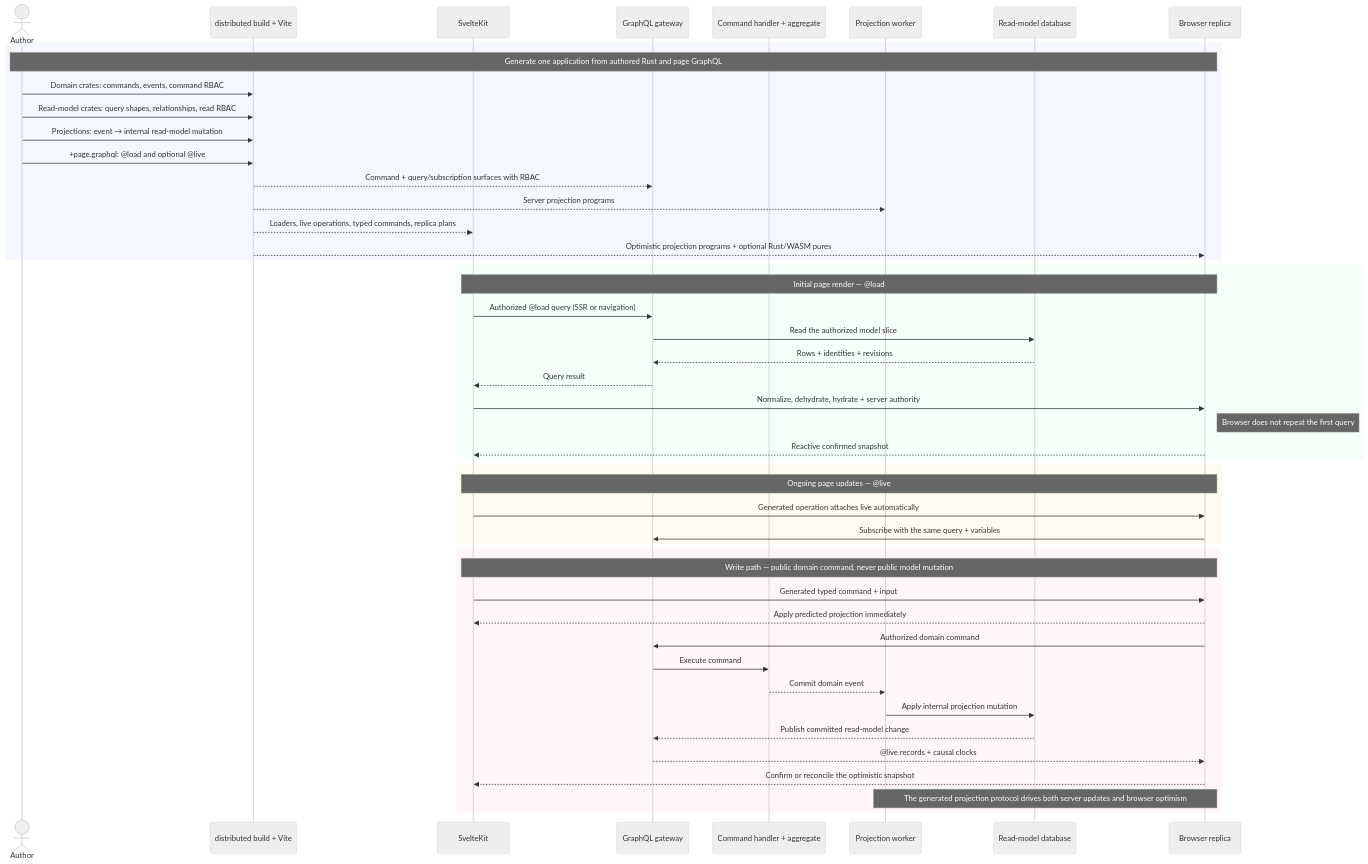
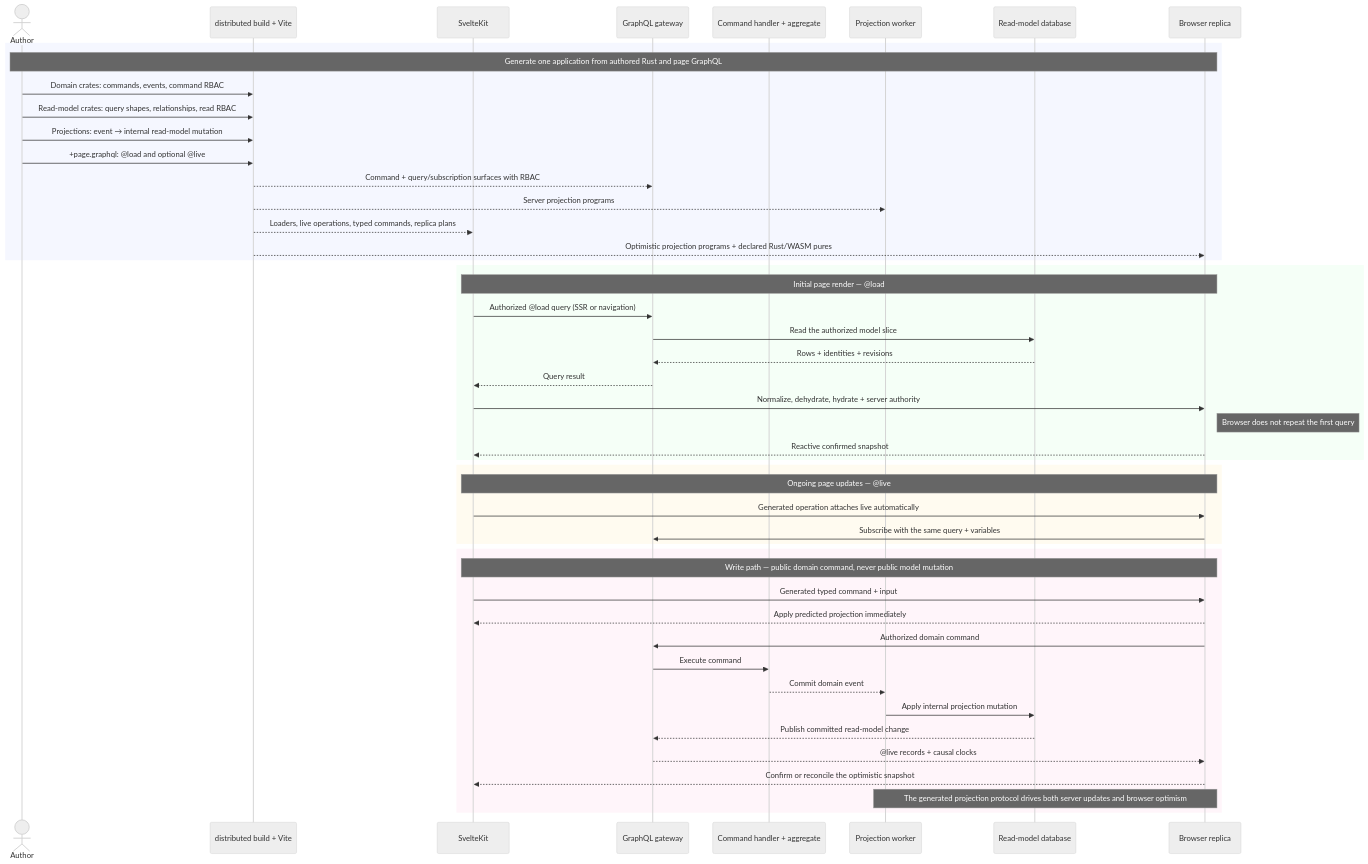
The diagram in README.md (patrickleet/sourced_rust), drawn with Mermaid (neutral theme) before and after one commit. The commit also changed 17 other files, not shown here.

Commit message:
feat(cli): build declared browser wasm pures

````diff
--- a/README.md
+++ b/README.md
@@ -11,54 +11,54 @@
 ```mermaid
 sequenceDiagram
     actor Author
     participant Build as distributed build + Vite
     participant Kit as SvelteKit
     participant API as GraphQL gateway
     participant Domain as Command handler + aggregate
     participant Projector as Projection worker
     participant DB as Read-model database
     participant Replica as Browser replica
 
     rect rgb(245, 247, 255)
         Note over Author,Replica: Generate one application from authored Rust and page GraphQL
         Author->>Build: Domain crates: commands, events, command RBAC
         Author->>Build: Read-model crates: query shapes, relationships, read RBAC
         Author->>Build: Projections: event → internal read-model mutation
         Author->>Build: +page.graphql: @load and optional @live
         Build-->>API: Command + query/subscription surfaces with RBAC
         Build-->>Projector: Server projection programs
         Build-->>Kit: Loaders, live operations, typed commands, replica plans
-        Build-->>Replica: Optimistic projection programs + optional Rust/WASM pures
+        Build-->>Replica: Optimistic projection programs + declared Rust/WASM pures
     end
 
     rect rgb(245, 255, 247)
         Note over Kit,Replica: Initial page render — @load
         Kit->>API: Authorized @load query (SSR or navigation)
         API->>DB: Read the authorized model slice
         DB-->>API: Rows + identities + revisions
         API-->>Kit: Query result
         Kit->>Replica: Normalize, dehydrate, hydrate + server authority
         Note right of Replica: Browser does not repeat the first query
         Replica-->>Kit: Reactive confirmed snapshot
     end
 
     rect rgb(255, 251, 240)
         Note over Kit,Replica: Ongoing page updates — @live
         Kit->>Replica: Generated operation attaches live automatically
         Replica->>API: Subscribe with the same query + variables
     end
 
     rect rgb(255, 245, 250)
         Note over Kit,Replica: Write path — public domain command, never public model mutation
         Kit->>Replica: Generated typed command + input
         Replica-->>Kit: Apply predicted projection immediately
         Replica->>API: Authorized domain command
         API->>Domain: Execute command
         Domain-->>Projector: Commit domain event
         Projector->>DB: Apply internal projection mutation
         DB-->>API: Publish committed read-model change
         API-->>Replica: @live records + causal clocks
         Replica-->>Kit: Confirm or reconcile the optimistic snapshot
         Note over Projector,Replica: The generated projection protocol drives both server updates and browser optimism
     end
 ```
````
